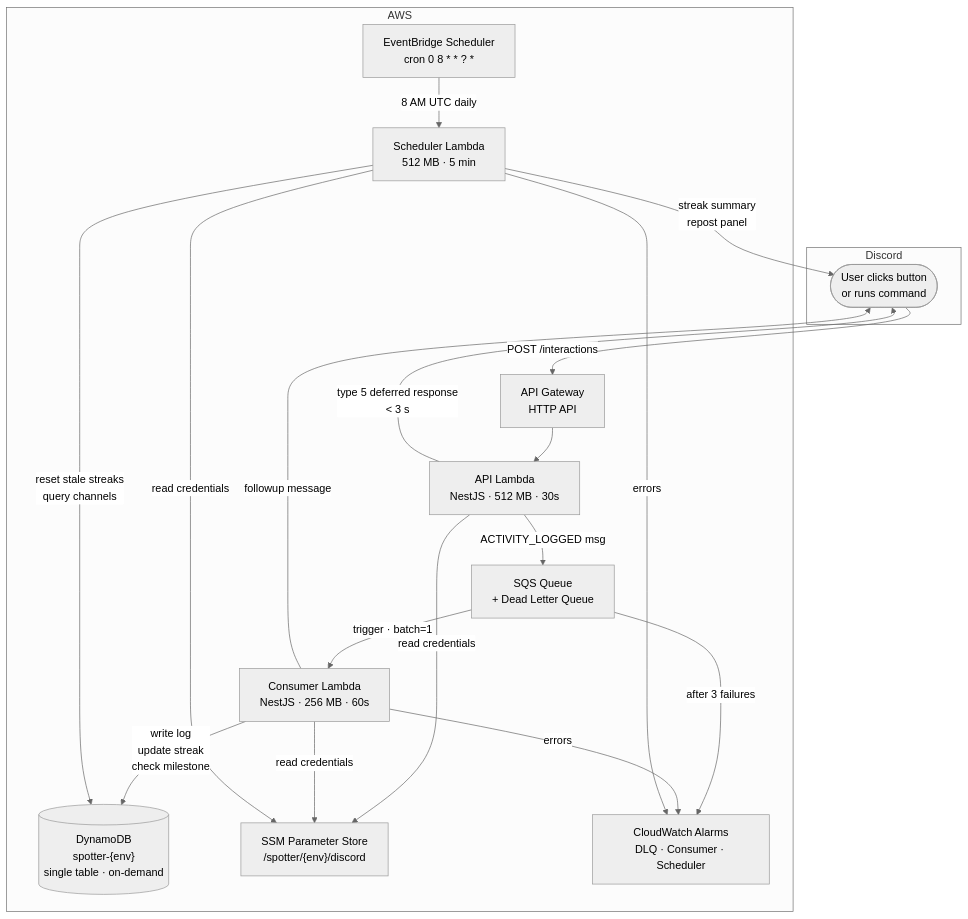
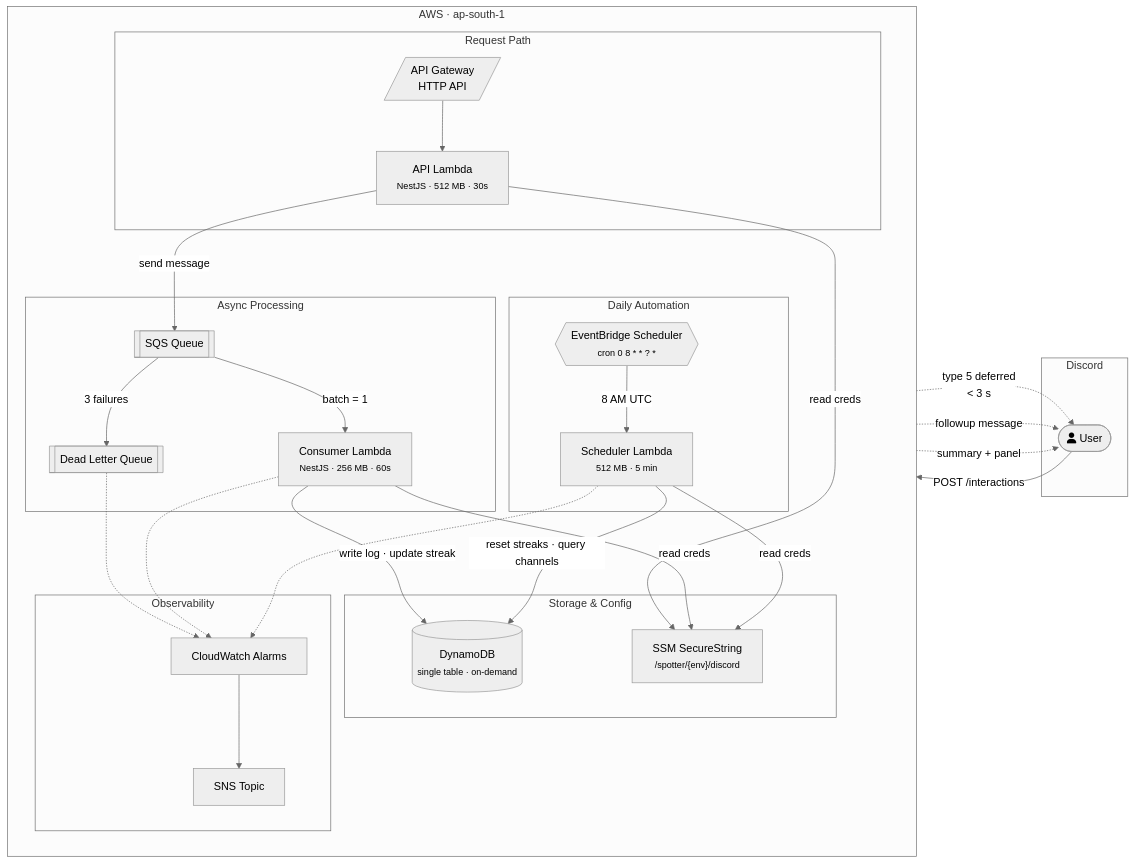
The diagram in README.md (kumarajith/Spotter), drawn with Mermaid (neutral theme) before and after one commit. The commit also changed other lines of this file and 1 other file, not shown here.

````diff
--- a/README.md
+++ b/README.md
@@ -31,36 +29,53 @@
 ```mermaid
-graph TD
-    U([User clicks button\nor runs command])
-
+flowchart LR
     subgraph Discord
-        U
+        U([fa:fa-user User])
     end
 
-    subgraph AWS
-        APIGW["API Gateway\nHTTP API"]
-        API["API Lambda\nNestJS · 512 MB · 30s"]
-        SQS["SQS Queue\n+ Dead Letter Queue"]
-        CON["Consumer Lambda\nNestJS · 256 MB · 60s"]
-        SCH["Scheduler Lambda\n512 MB · 5 min"]
-        EB["EventBridge Scheduler\ncron 0 8 * * ? *"]
-        DB[("DynamoDB\nspotter-{env}\nsingle table · on-demand")]
-        SSM["SSM Parameter Store\n/spotter/{env}/discord"]
-        CW["CloudWatch Alarms\nDLQ · Consumer · Scheduler"]
+    subgraph AWS["AWS · ap-south-1"]
+        direction TB
+
+        subgraph Request["Request Path"]
+            APIGW[/"API Gateway<br/>HTTP API"/]
+            API["API Lambda<br/><small>NestJS · 512 MB · 30s</small>"]
+        end
+
+        subgraph Async["Async Processing"]
+            SQS[["SQS Queue"]]
+            DLQ[["Dead Letter Queue"]]
+            CON["Consumer Lambda<br/><small>NestJS · 256 MB · 60s</small>"]
+        end
+
+        subgraph Scheduled["Daily Automation"]
+            EB{{EventBridge Scheduler<br/><small>cron 0 8 * * ? *</small>}}
+            SCH["Scheduler Lambda<br/><small>512 MB · 5 min</small>"]
+        end
+
+        subgraph Storage["Storage & Config"]
+            DB[(DynamoDB<br/><small>single table · on-demand</small>)]
+            SSM["SSM SecureString<br/><small>/spotter/{env}/discord</small>"]
+        end
+
+        subgraph Ops["Observability"]
+            CW["CloudWatch Alarms"]
+            SNS["SNS Topic"]
+        end
     end
 
     U -->|"POST /interactions"| APIGW
     APIGW --> API
-    API -->|"type 5 deferred response\n< 3 s"| U
-    API -->|"ACTIVITY_LOGGED msg"| SQS
-    SQS -->|"trigger · batch=1"| CON
-    CON -->|"write log\nupdate streak\ncheck milestone"| DB
-    CON -->|"followup message"| U
+    API -.->|"type 5 deferred<br/>< 3 s"| U
+    API -->|"send message"| SQS
+    SQS -->|"batch = 1"| CON
+    SQS -->|"3 failures"| DLQ
+    CON -->|"write log · update streak"| DB
+    CON -.->|"followup message"| U
 
-    EB -->|"8 AM UTC daily"| SCH
-    SCH -->|"reset stale streaks\nquery channels"| DB
-    SCH -->|"streak summary\nrepost panel"| U
+    EB -->|"8 AM UTC"| SCH
+    SCH -->|"reset streaks · query channels"| DB
+    SCH -.->|"summary + panel"| U
 
-    API & CON & SCH -->|"read credentials"| SSM
-    SQS -->|"after 3 failures"| CW
-    CON & SCH -->|"errors"| CW
+    API & CON & SCH -->|"read creds"| SSM
+    DLQ & CON & SCH -.-> CW
+    CW --> SNS
 ```
````
